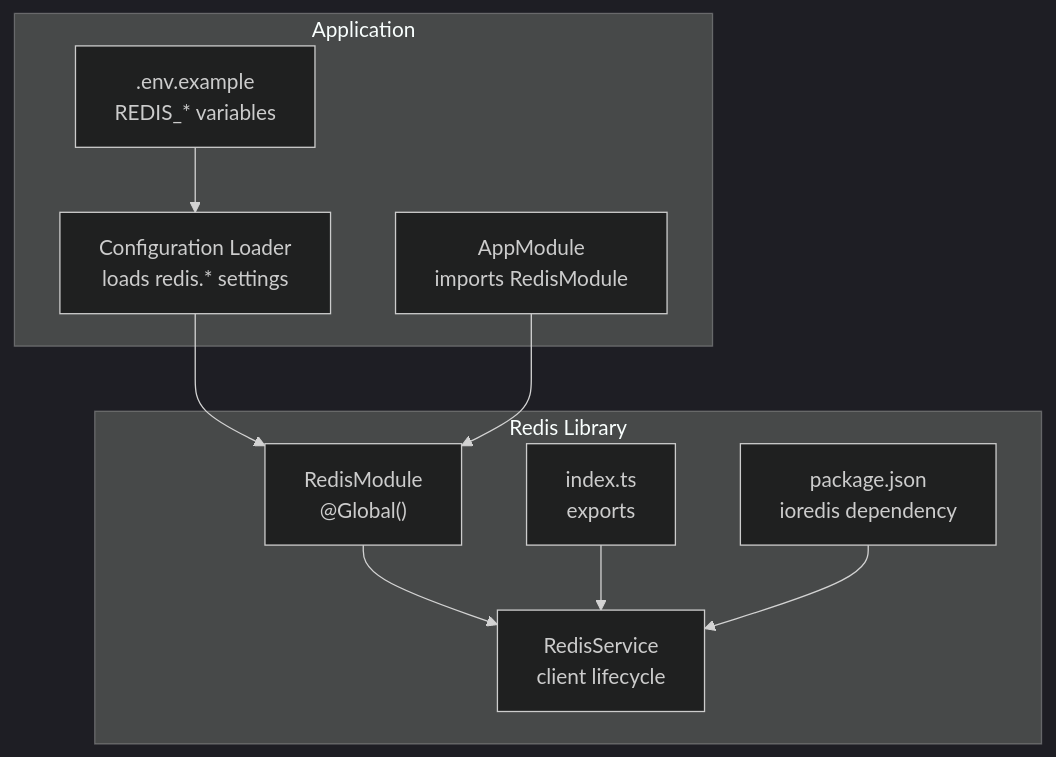
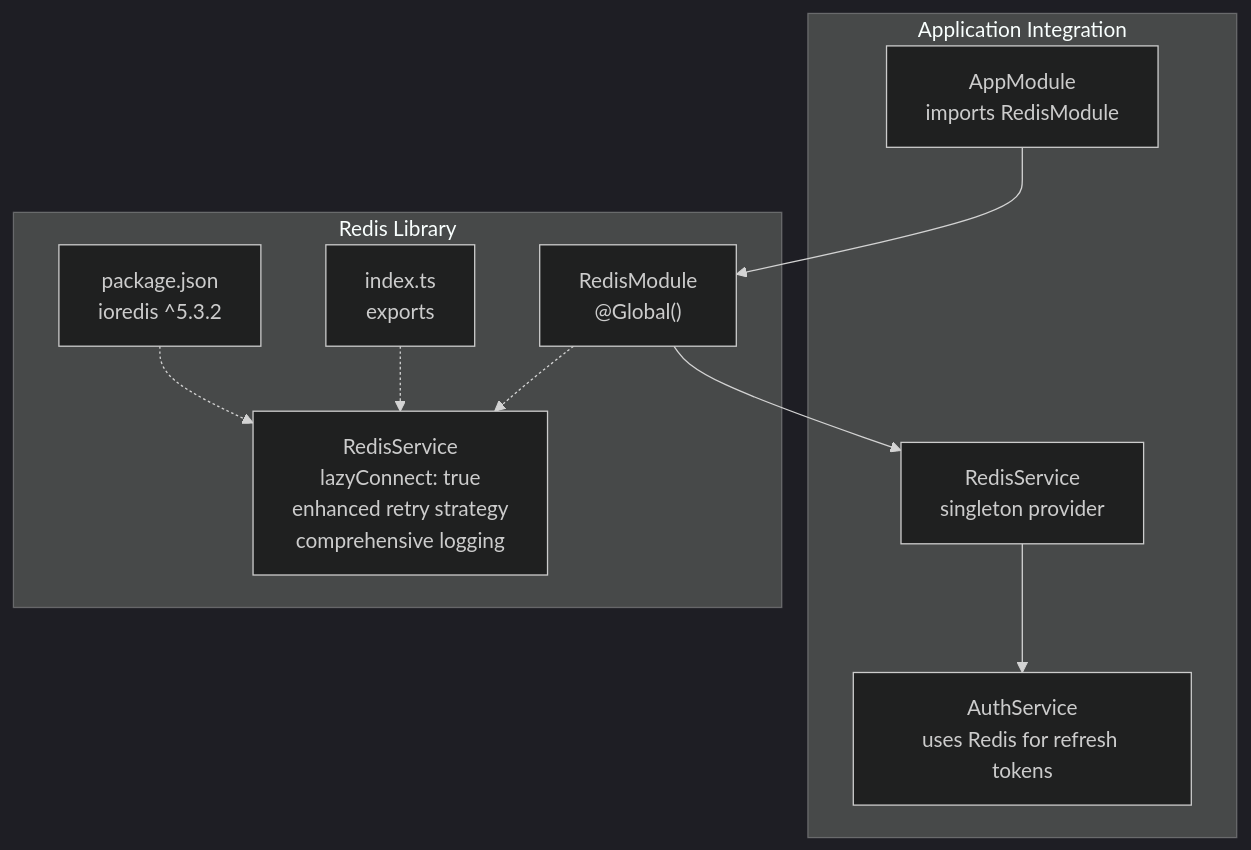
Before and after one commit to Avi-Bendetsky/Quiz-to-build: the first of 6 diagrams in .qoder/repowiki/en/content/Shared Libraries/Redis Library.md, drawn with Mermaid (dark theme). The commit also changed other lines of this file and 41 other files, not shown here.

````diff
--- a/.qoder/repowiki/en/content/Shared Libraries/Redis Library.md
+++ b/.qoder/repowiki/en/content/Shared Libraries/Redis Library.md
@@ -35,20 +44,20 @@
 ```mermaid
 graph TB
-subgraph "Application"
+subgraph "Application Integration"
 AM["AppModule<br/>imports RedisModule"]
-CFG["Configuration Loader<br/>loads redis.* settings"]
-ENV[".env.example<br/>REDIS_* variables"]
+RSVC["RedisService<br/>singleton provider"]
+AUTH["AuthService<br/>uses Redis for refresh tokens"]
 end
 subgraph "Redis Library"
 RM["RedisModule<br/>@Global()"]
-RS["RedisService<br/>client lifecycle"]
+RS["RedisService<br/>lazyConnect: true<br/>enhanced retry strategy<br/>comprehensive logging"]
 IDX["index.ts<br/>exports"]
-PKG["package.json<br/>ioredis dependency"]
+PKG["package.json<br/>ioredis ^5.3.2"]
 end
-ENV --> CFG
-CFG --> RM
-RM --> RS
 AM --> RM
-IDX --> RS
-PKG --> RS
+RM --> RSVC
+RSVC --> AUTH
+RM -.-> RS
+IDX -.-> RS
+PKG -.-> RS
 ```
````
